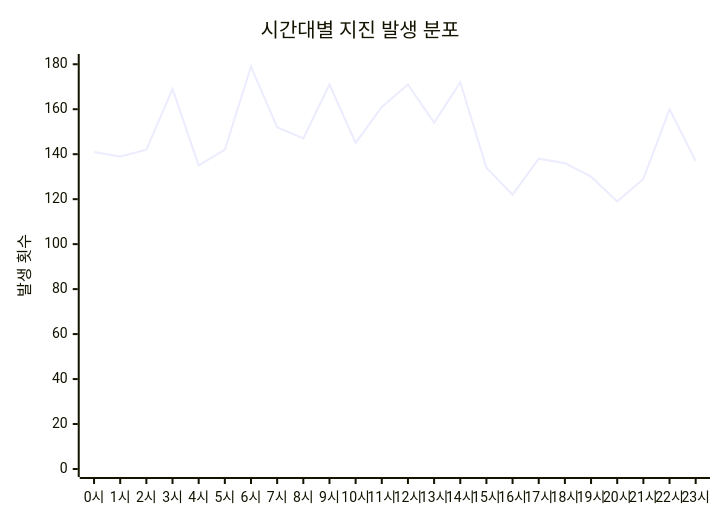
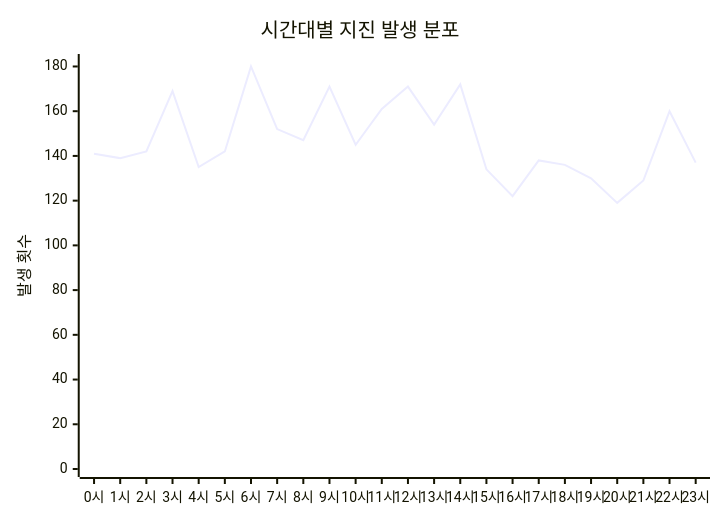
One commit to serendip811/japan-eq changed the diagram in charts/time-chart.md. Above: the diagram before and after it, drawn with Mermaid. The commit also changed other lines of this file and 5 other files, not shown here.

Commit message:
Update earthquake data and charts Thu Jan 22 07:09:13 UTC 2026

````diff
--- a/charts/time-chart.md
+++ b/charts/time-chart.md
@@ -3,7 +3,7 @@
 ```mermaid
 xychart-beta
     title "시간대별 지진 발생 분포"
     x-axis ["0시", "1시", "2시", "3시", "4시", "5시", "6시", "7시", "8시", "9시", "10시", "11시", "12시", "13시", "14시", "15시", "16시", "17시", "18시", "19시", "20시", "21시", "22시", "23시"]
-    y-axis "발생 횟수" 0 --> 181
-    line [141, 139, 142, 169, 135, 142, 179, 152, 147, 171, 145, 161, 171, 154, 172, 134, 122, 138, 136, 130, 119, 129, 160, 137]
+    y-axis "발생 횟수" 0 --> 182
+    line [141, 139, 142, 169, 135, 142, 180, 152, 147, 171, 145, 161, 171, 154, 172, 134, 122, 138, 136, 130, 119, 129, 160, 137]
 ```
````
